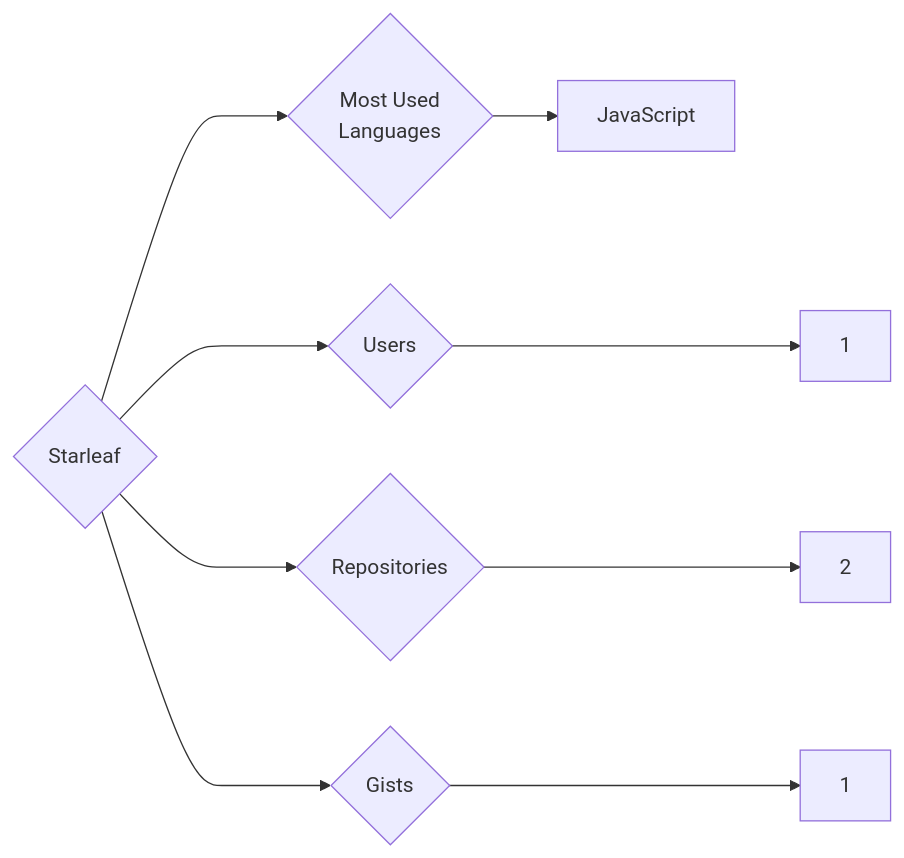
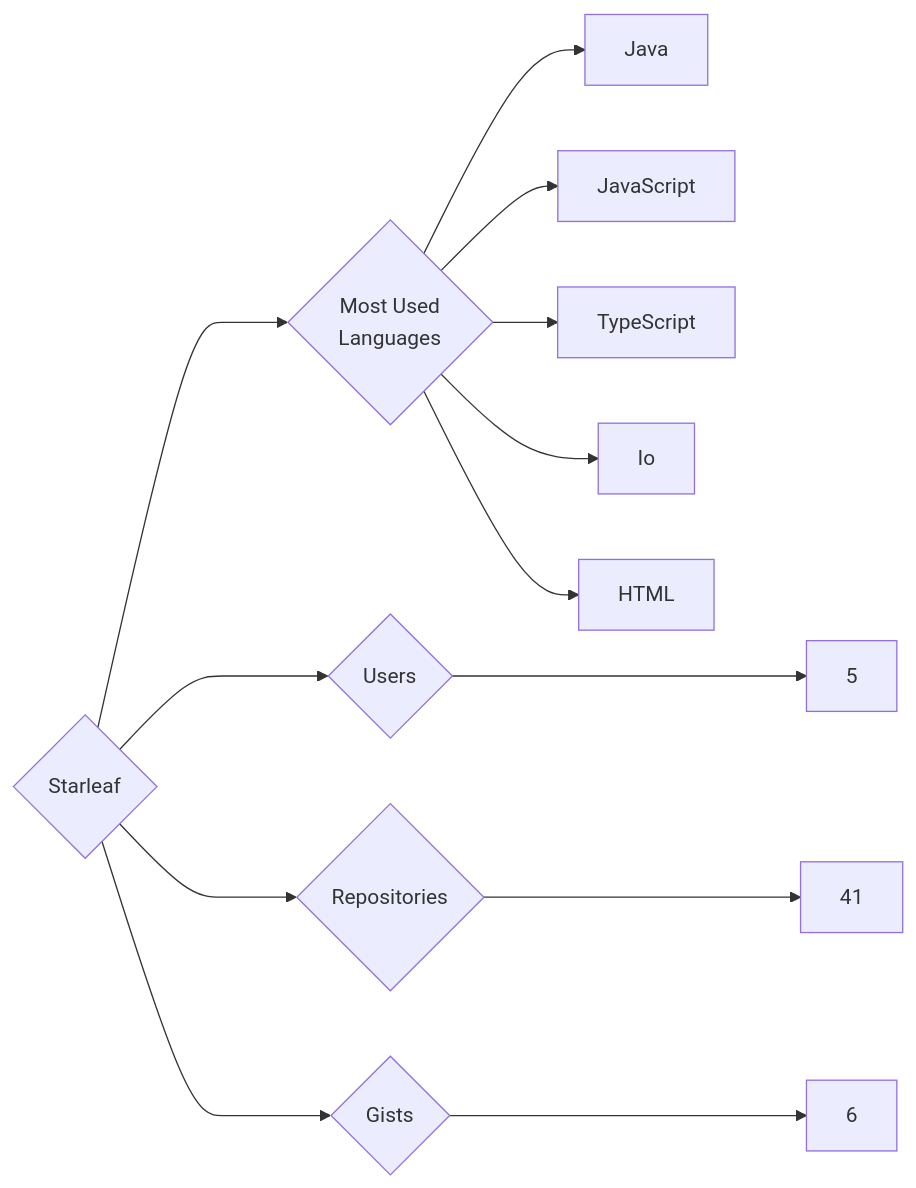
Before and after one commit to trickest/insiders: the diagram in targets/Starleaf/README.md, drawn with Mermaid. The commit also changed 953 other files, not shown here.

````diff
--- a/targets/Starleaf/README.md
+++ b/targets/Starleaf/README.md
@@ -3,9 +3,13 @@
 ```mermaid
 graph LR
 COMPANY_NAME{Starleaf}
-COMPANY_NAME ---> U{Users} ---> UN[1]
-COMPANY_NAME ---> R{Repositories} ---> RN[2]
-COMPANY_NAME ---> G{Gists} ---> GN[1]
+COMPANY_NAME ---> U{Users} ---> UN[5]
+COMPANY_NAME ---> R{Repositories} ---> RN[41]
+COMPANY_NAME ---> G{Gists} ---> GN[6]
 COMPANY_NAME ---> ML{Most Used<br>Languages}
+ML --> Java[Java]
 ML --> JavaScript[JavaScript]
+ML --> TypeScript[TypeScript]
+ML --> Io[Io]
+ML --> HTML[HTML]
 ```
````
